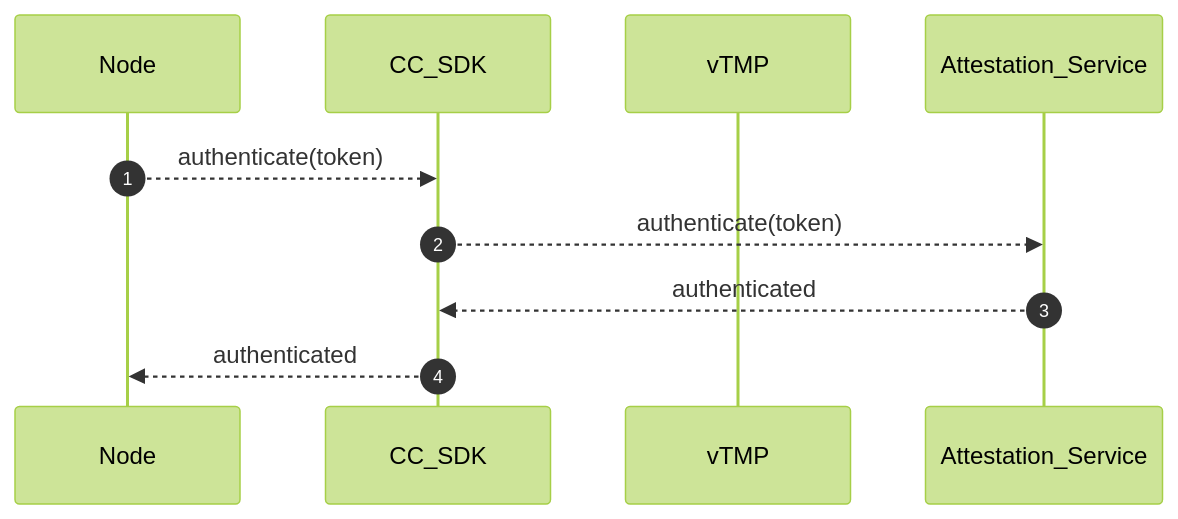
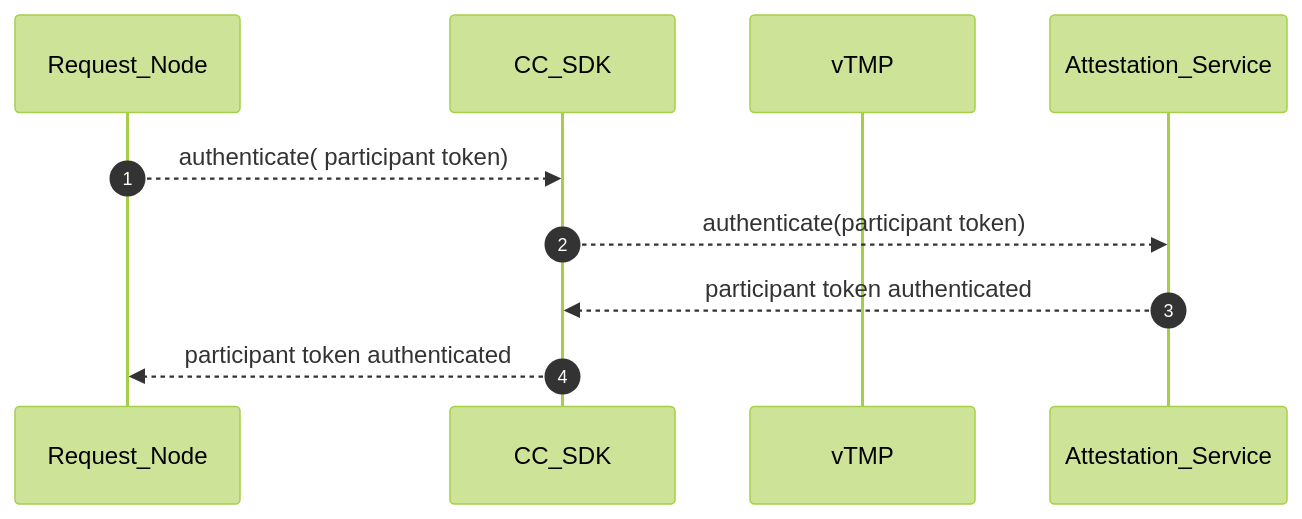
One commit to hitesh-ag1/NVFlare changed the fourth of 13 diagrams in docs/confidential_computing/detailed_cc_sequence_diagram.md. Above: the diagram before and after it, drawn with Mermaid (forest theme). The commit also changed other lines of this file, not shown here.

Commit message:
Sequence diagram for CC

````diff
--- a/docs/confidential_computing/detailed_cc_sequence_diagram.md
+++ b/docs/confidential_computing/detailed_cc_sequence_diagram.md
@@ -125,13 +99,13 @@
 ```mermaid
 sequenceDiagram
    autonumber
     
-    participant Node
+    participant Request_Node
     participant CC_SDK
     participant vTMP
     participant Attestation_Service
-    Node -->> CC_SDK: authenticate(token)
-    CC_SDK -->> Attestation_Service: authenticate(token)
-    Attestation_Service -->> CC_SDK : authenticated
-    CC_SDK -->> Node : authenticated
+    Request_Node -->> CC_SDK: authenticate( participant token)
+    CC_SDK -->> Attestation_Service: authenticate(participant token)
+    Attestation_Service -->> CC_SDK : participant token authenticated
+    CC_SDK -->> Request_Node : participant token authenticated
 ```
````
